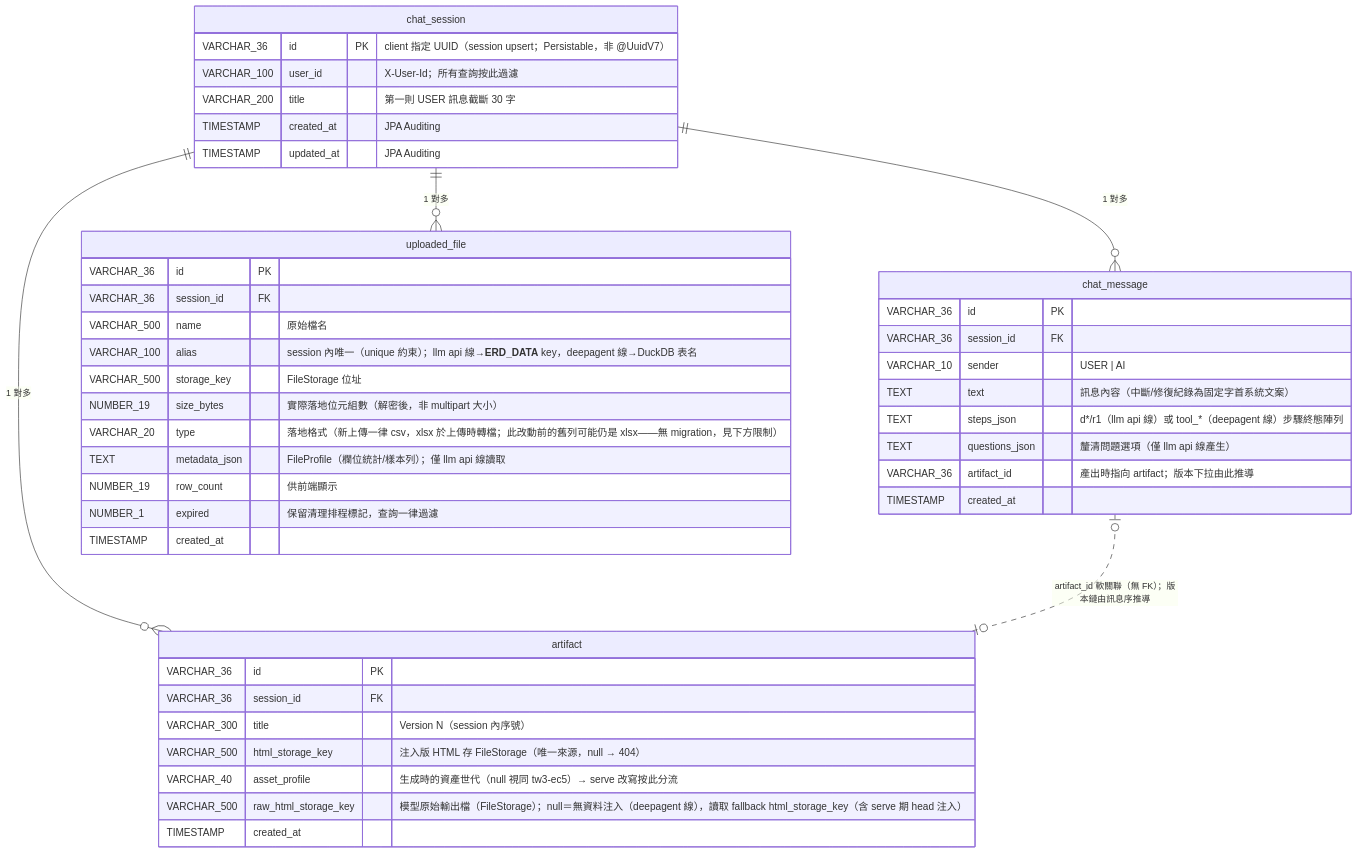
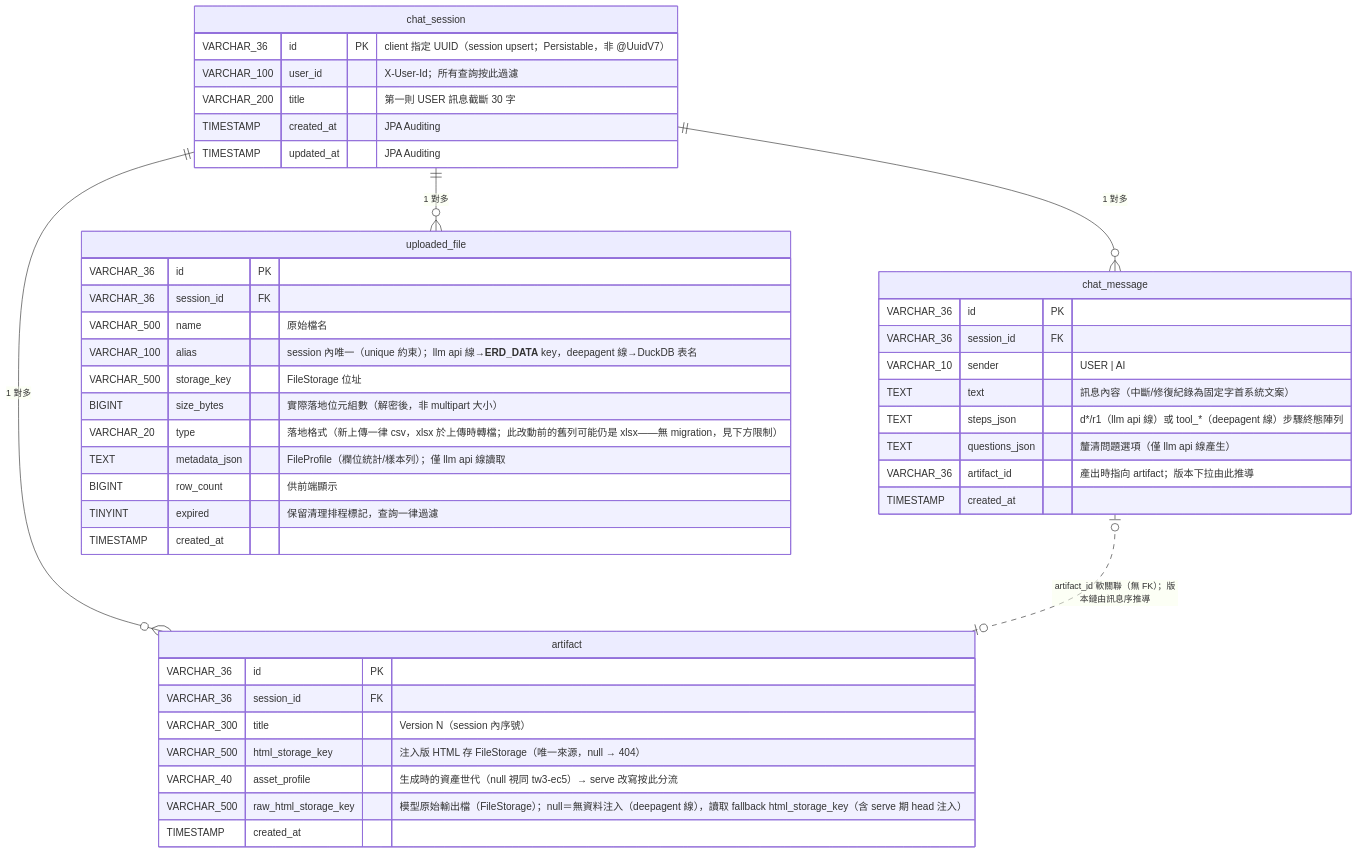
The fourth of 4 diagrams in docs/architecture.md (Michelle12369/cowork), drawn with Mermaid before and after one commit.

Commit message:
docs(architecture): ER 圖 NUMBER 型別殘留改 BIGINT/TINYINT——補齊 MariaDB 同步
Claude-Session: https://claude.ai/code/session_01Rxh5hrLfNdCcaqaxEMCShS

````diff
--- a/docs/architecture.md
+++ b/docs/architecture.md
@@ -445,47 +445,47 @@
 ```mermaid
 erDiagram
     chat_session ||--o{ chat_message : "1 對多"
     chat_session ||--o{ uploaded_file : "1 對多"
     chat_session ||--o{ artifact : "1 對多"
     chat_message |o..o| artifact : "artifact_id 軟關聯（無 FK）；版本鏈由訊息序推導"
 
     chat_session {
         VARCHAR_36 id PK "client 指定 UUID（session upsert；Persistable，非 @UuidV7）"
         VARCHAR_100 user_id "X-User-Id；所有查詢按此過濾"
         VARCHAR_200 title "第一則 USER 訊息截斷 30 字"
         TIMESTAMP created_at "JPA Auditing"
         TIMESTAMP updated_at "JPA Auditing"
     }
     chat_message {
         VARCHAR_36 id PK
         VARCHAR_36 session_id FK
         VARCHAR_10 sender "USER | AI"
         TEXT text "訊息內容（中斷/修復紀錄為固定字首系統文案）"
         TEXT steps_json "d*/r1（llm api 線）或 tool_*（deepagent 線）步驟終態陣列"
         TEXT questions_json "釐清問題選項（僅 llm api 線產生）"
         VARCHAR_36 artifact_id "產出時指向 artifact；版本下拉由此推導"
         TIMESTAMP created_at
     }
     uploaded_file {
         VARCHAR_36 id PK
         VARCHAR_36 session_id FK
         VARCHAR_500 name "原始檔名"
         VARCHAR_100 alias "session 內唯一（unique 約束）；llm api 線→__ERD_DATA__ key，deepagent 線→DuckDB 表名"
         VARCHAR_500 storage_key "FileStorage 位址"
-        NUMBER_19 size_bytes "實際落地位元組數（解密後，非 multipart 大小）"
+        BIGINT size_bytes "實際落地位元組數（解密後，非 multipart 大小）"
         VARCHAR_20 type "落地格式（新上傳一律 csv，xlsx 於上傳時轉檔；此改動前的舊列可能仍是 xlsx——無 migration，見下方限制）"
         TEXT metadata_json "FileProfile（欄位統計/樣本列）；僅 llm api 線讀取"
-        NUMBER_19 row_count "供前端顯示"
-        NUMBER_1 expired "保留清理排程標記，查詢一律過濾"
+        BIGINT row_count "供前端顯示"
+        TINYINT expired "保留清理排程標記，查詢一律過濾"
         TIMESTAMP created_at
     }
     artifact {
         VARCHAR_36 id PK
         VARCHAR_36 session_id FK
         VARCHAR_300 title "Version N（session 內序號）"
         VARCHAR_500 html_storage_key "注入版 HTML 存 FileStorage（唯一來源，null → 404）"
         VARCHAR_40 asset_profile "生成時的資產世代（null 視同 tw3-ec5）→ serve 改寫按此分流"
         VARCHAR_500 raw_html_storage_key "模型原始輸出檔（FileStorage）；null＝無資料注入（deepagent 線），讀取 fallback html_storage_key（含 serve 期 head 注入）"
         TIMESTAMP created_at
     }
 ```
````
